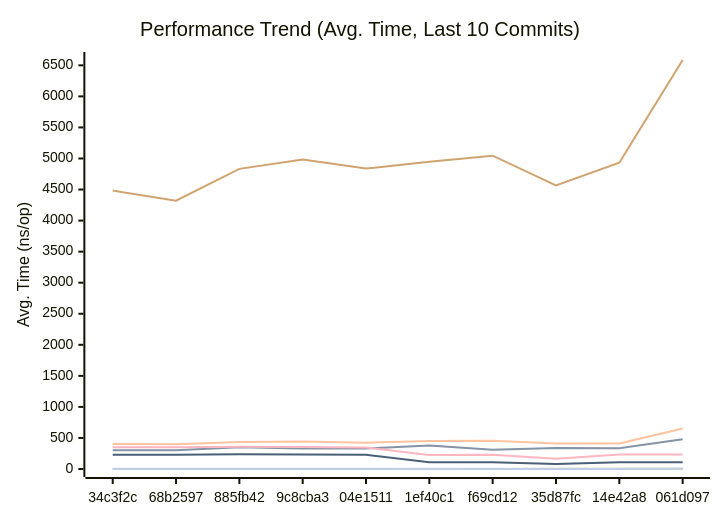
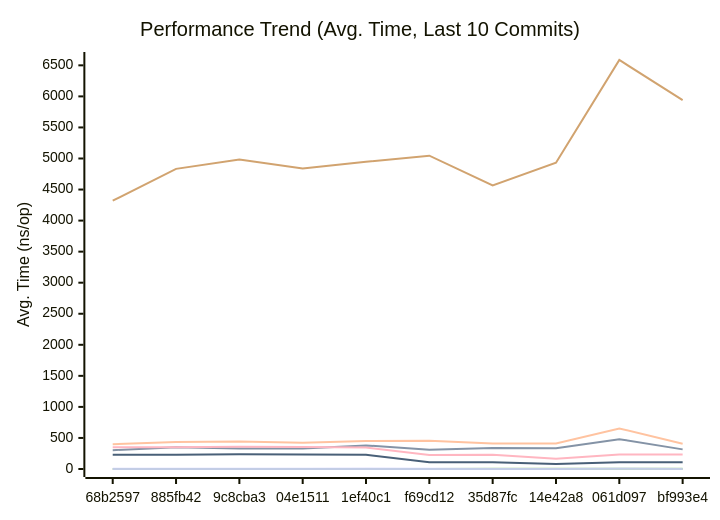
One commit to alsotoes/momo changed the first of 3 diagrams in docs/PERFORMANCE.md. Above: the diagram before and after it, drawn with Mermaid. The commit also changed other lines of this file and 168 other files, not shown here.

````diff
--- a/docs/PERFORMANCE.md
+++ b/docs/PERFORMANCE.md
@@ -80,16 +82,16 @@
 ```mermaid
 xychart-beta
     title "Performance Trend (Avg. Time, Last 10 Commits)"
     x-axis "Commit"
     y-axis "Avg. Time (ns/op)"
-    x-axis [34c3f2c,68b2597,885fb42,9c8cba3,04e1511,1ef40c1,f69cd12,35d87fc,14e42a8,061d097]
-    line "CheckMetricsAndSwap" [9,8,9,9,8,12,9,7,8,11]
-    line "CrushOptimized" [301,303,349,330,331,380,310,340,334,480]
-    line "CrushOriginal" [402,399,436,442,423,449,456,411,411,653]
+    x-axis [68b2597,885fb42,9c8cba3,04e1511,1ef40c1,f69cd12,35d87fc,14e42a8,061d097,bf993e4]
+    line "CheckMetricsAndSwap" [8,9,9,8,12,9,7,8,11,7]
+    line "CrushOptimized" [303,349,330,331,380,310,340,334,480,316]
+    line "CrushOriginal" [399,436,442,423,449,456,411,411,653,408]
     line "IndexDirectTracking" [0,0,0,0,0,0,0,0,0,0]
-    line "IndexSearch" [2,1,2,2,2,2,2,3,3,3]
-    line "LoadGlobalConfig" [4483,4320,4833,4983,4838,4948,5045,4567,4932,6586]
-    line "PadString" [2,2,2,2,2,2,2,2,2,3]
+    line "IndexSearch" [1,2,2,2,2,2,3,3,3,3]
+    line "LoadGlobalConfig" [4320,4833,4983,4838,4948,5045,4567,4932,6586,5941]
+    line "PadString" [2,2,2,2,2,2,2,2,3,2]
     line "ParseReplicationOrder_NoPrealloc" [350,349,357,354,345,225,229,165,232,234]
     line "ParseReplicationOrder_Prealloc" [229,231,237,234,229,108,107,80,110,109]
 ```
````
